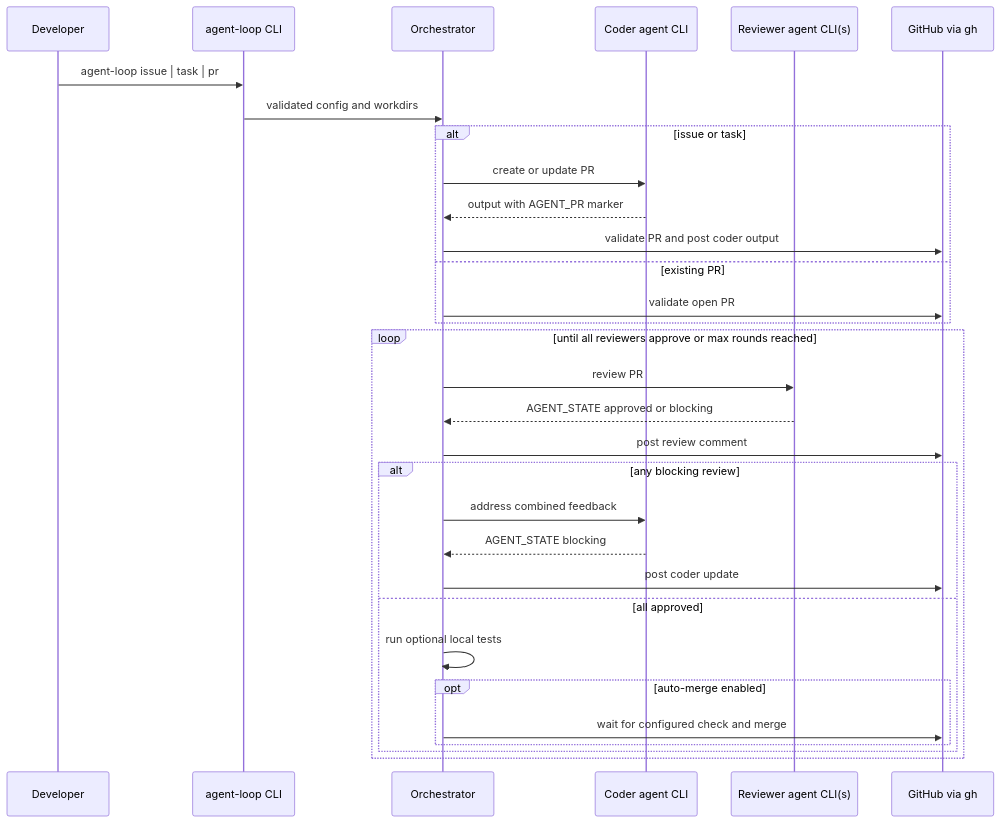
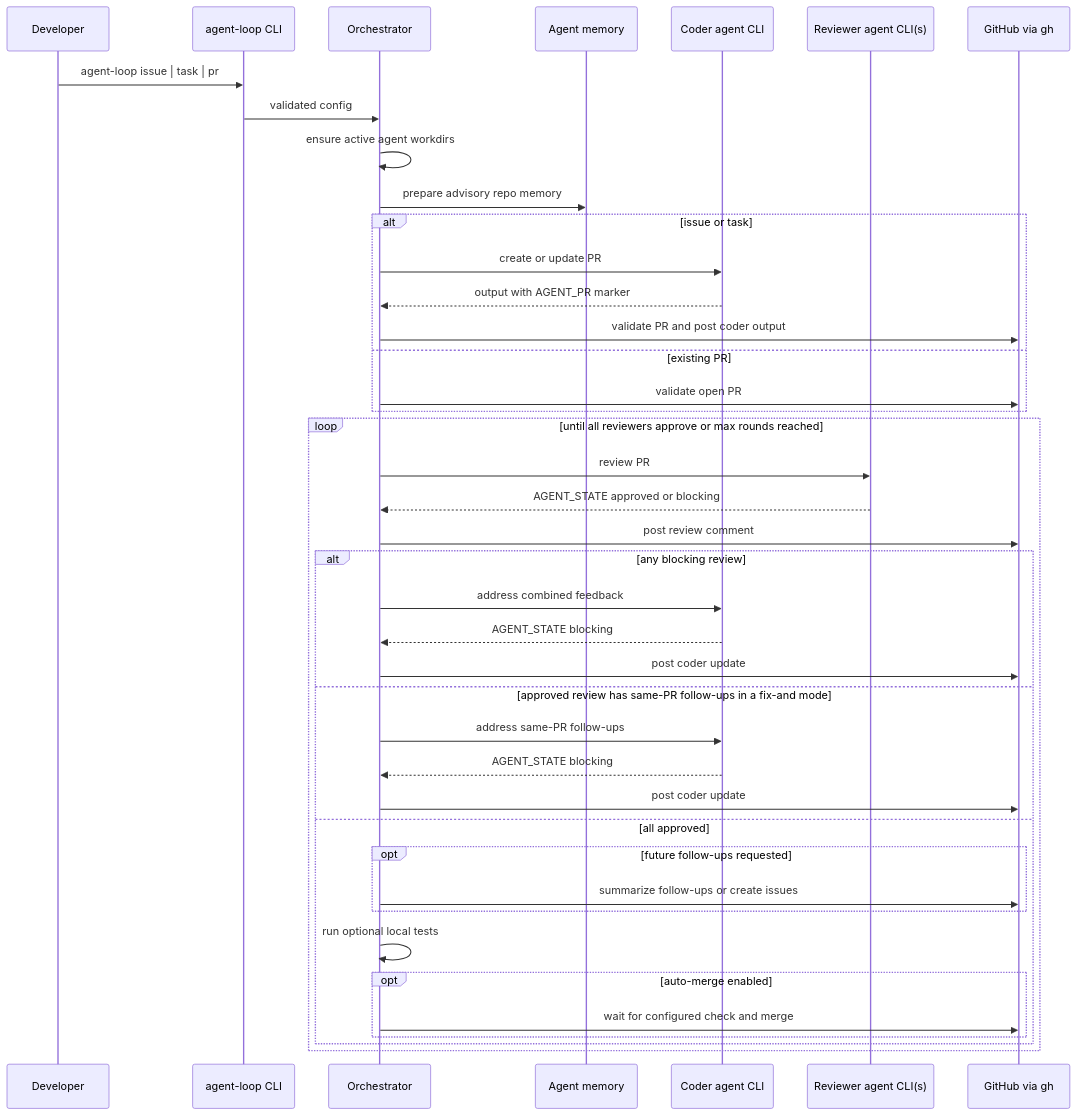
The second of 2 diagrams in docs/local_agent_loop.md (wwind123/coding-review-agent-loop), drawn with Mermaid before and after one commit. The commit also changed other lines of this file and 3 other files, not shown here.

Commit message:
Refresh architecture docs and memory map

````diff
--- a/docs/local_agent_loop.md
+++ b/docs/local_agent_loop.md
@@ -55,35 +63,45 @@
 ```mermaid
 sequenceDiagram
     participant User as Developer
     participant CLI as agent-loop CLI
     participant Orch as Orchestrator
+    participant Memory as Agent memory
     participant Coder as Coder agent CLI
     participant Reviewer as Reviewer agent CLI(s)
     participant GH as GitHub via gh
 
     User->>CLI: agent-loop issue | task | pr
-    CLI->>Orch: validated config and workdirs
+    CLI->>Orch: validated config
+    Orch->>Orch: ensure active agent workdirs
+    Orch->>Memory: prepare advisory repo memory
     alt issue or task
         Orch->>Coder: create or update PR
         Coder-->>Orch: output with AGENT_PR marker
         Orch->>GH: validate PR and post coder output
     else existing PR
         Orch->>GH: validate open PR
     end
 
     loop until all reviewers approve or max rounds reached
         Orch->>Reviewer: review PR
         Reviewer-->>Orch: AGENT_STATE approved or blocking
         Orch->>GH: post review comment
         alt any blocking review
             Orch->>Coder: address combined feedback
             Coder-->>Orch: AGENT_STATE blocking
             Orch->>GH: post coder update
+        else approved review has same-PR follow-ups in a fix-and mode
+            Orch->>Coder: address same-PR follow-ups
+            Coder-->>Orch: AGENT_STATE blocking
+            Orch->>GH: post coder update
         else all approved
+            opt future follow-ups requested
+                Orch->>GH: summarize follow-ups or create issues
+            end
             Orch->>Orch: run optional local tests
             opt auto-merge enabled
                 Orch->>GH: wait for configured check and merge
             end
         end
     end
 ```
````
